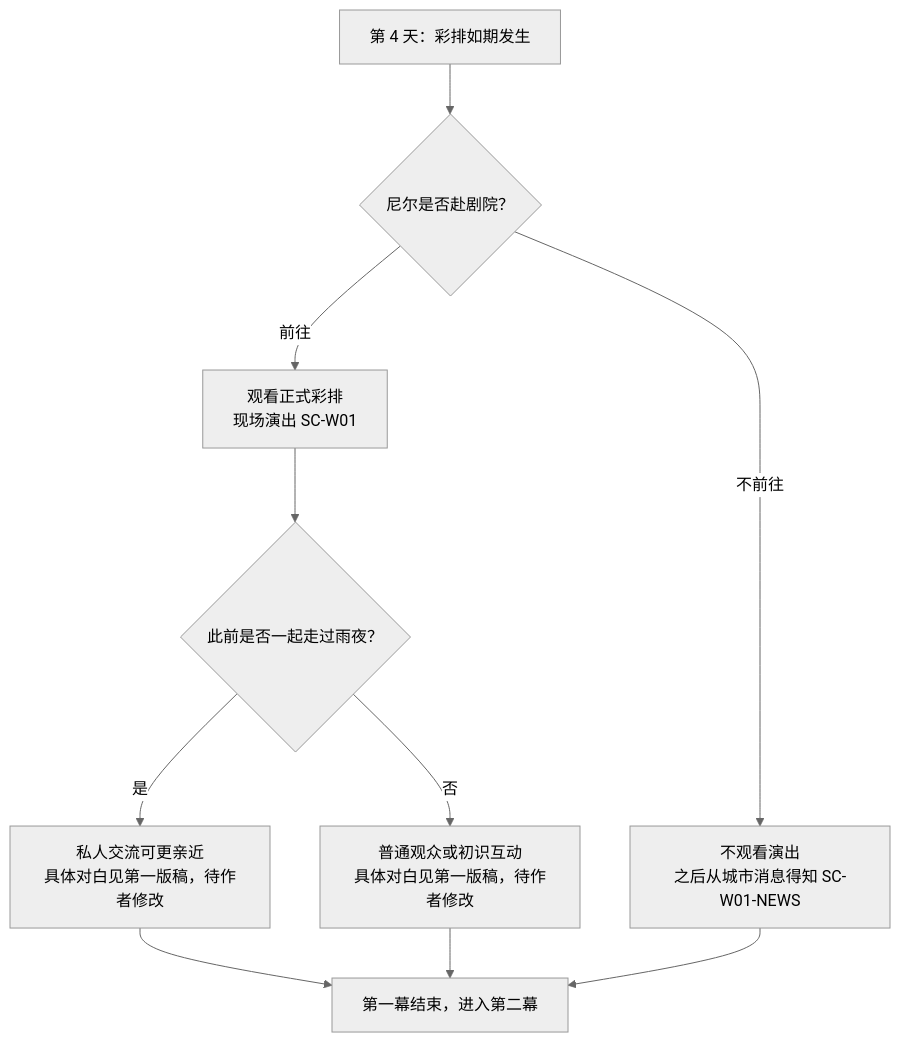
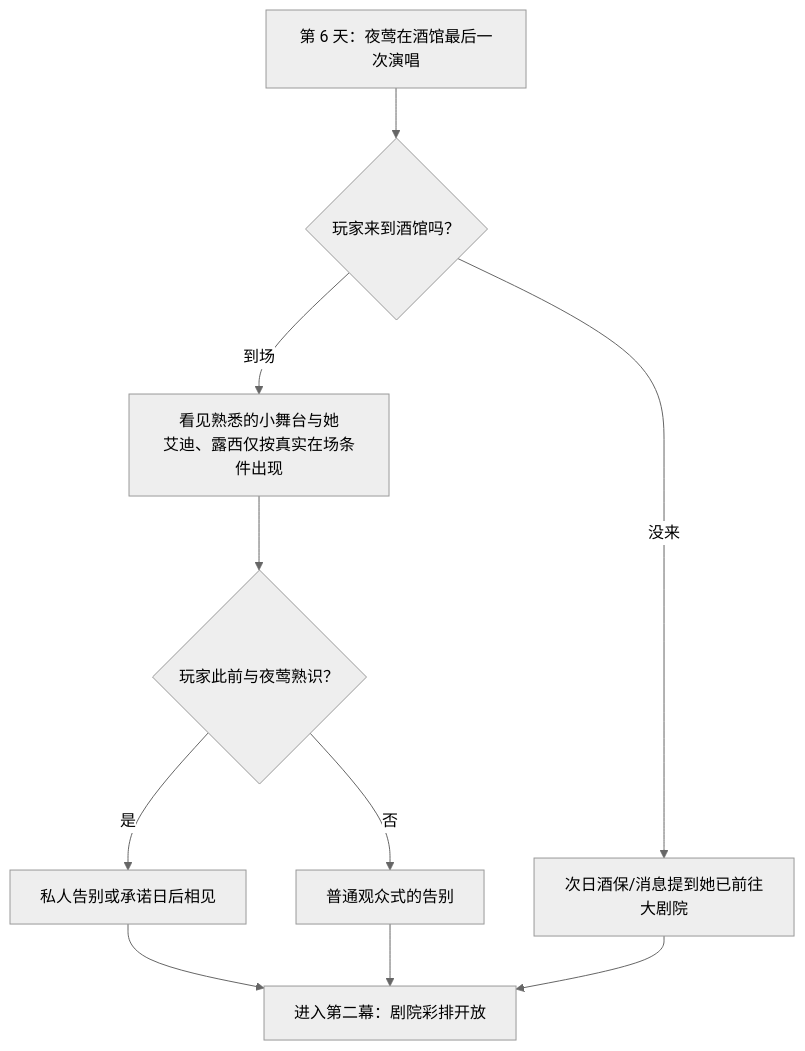
The fourth of 4 diagrams in docs/章节内容手稿/第一章_人物与交锋设计/01_第一幕_活下去_内容网络与交锋.md (guopanqi/ssnoir), drawn with Mermaid (neutral theme) before and after one commit. The commit also changed other lines of this file, not shown here.

````diff
--- a/docs/章节内容手稿/第一章_人物与交锋设计/01_第一幕_活下去_内容网络与交锋.md
+++ b/docs/章节内容手稿/第一章_人物与交锋设计/01_第一幕_活下去_内容网络与交锋.md
@@ -243,12 +198,12 @@
 ```mermaid
 flowchart TD
-    A["第 4 天：彩排如期发生"] --> B{"尼尔是否赴剧院？"}
-    B -->|前往| C["观看正式彩排<br/>现场演出 SC-W01"]
-    B -->|不前往| D["不观看演出<br/>之后从城市消息得知 SC-W01-NEWS"]
-    C --> E{"此前是否一起走过雨夜？"}
-    E -->|是| F["私人交流可更亲近<br/>具体对白见第一版稿，待作者修改"]
-    E -->|否| G["普通观众或初识互动<br/>具体对白见第一版稿，待作者修改"]
-    F --> H["第一幕结束，进入第二幕"]
+    A["第 6 天：夜莺在酒馆最后一次演唱"] --> B{"玩家来到酒馆吗？"}
+    B -->|"到场"| C["看见熟悉的小舞台与她<br/>艾迪、露西仅按真实在场条件出现"]
+    B -->|"没来"| D["次日酒保/消息提到她已前往大剧院"]
+    C --> E{"玩家此前与夜莺熟识？"}
+    E -->|"是"| F["私人告别或承诺日后相见"]
+    E -->|"否"| G["普通观众式的告别"]
+    F --> H["进入第二幕：剧院彩排开放"]
     G --> H
     D --> H
 ```
````
